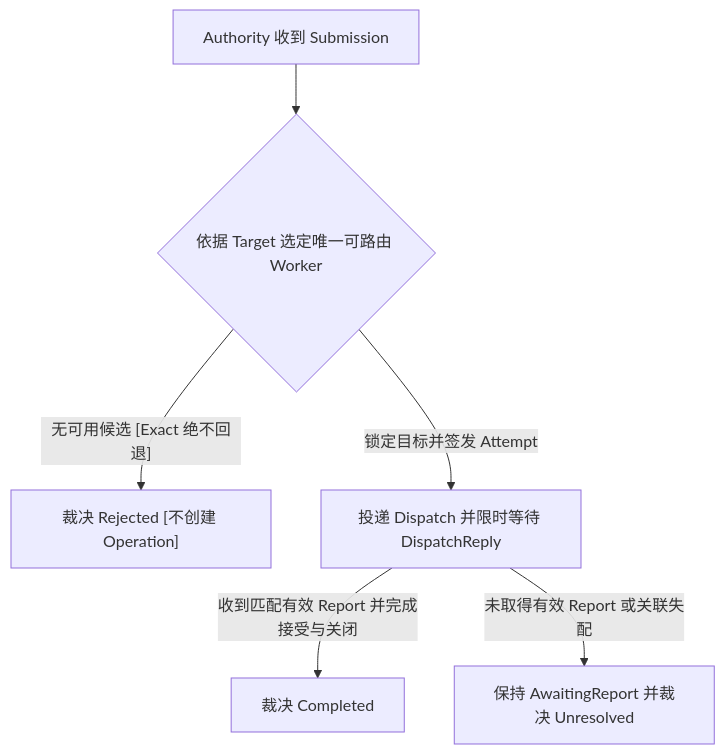
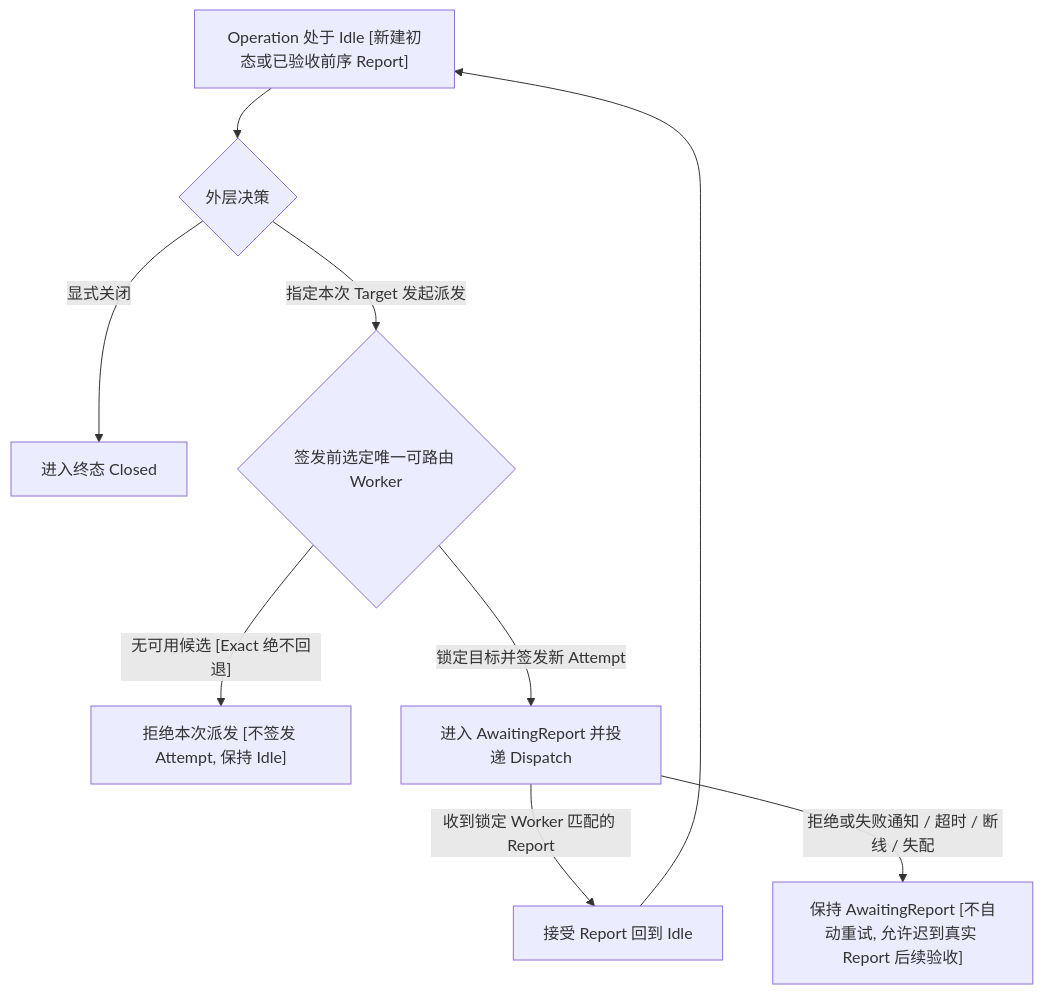
Before and after one commit to Everfold/Beamlet: the diagram in spec/05-routing.md, drawn with Mermaid. The commit also changed other lines of this file and 10 other files, not shown here.

Commit message:
docs(spec): support multi-attempt routing and align DispatchReply/Presence contracts

````diff
--- a/spec/05-routing.md
+++ b/spec/05-routing.md
@@ -9,8 +9,11 @@
 ```mermaid
 flowchart TD
-    Sub["Authority 收到 Submission"] --> Pick{"依据 Target 选定唯一可路由 Worker"}
-    Pick -->|"无可用候选 [Exact 绝不回退]"| OutRej["裁决 Rejected [不创建 Operation]"]
-    Pick -->|"锁定目标并签发 Attempt"| Disp["投递 Dispatch 并限时等待 DispatchReply"]
-    Disp -->|"收到匹配有效 Report 并完成接受与关闭"| OutOk["裁决 Completed"]
-    Disp -->|"未取得有效 Report 或关联失配"| OutUnres["保持 AwaitingReport 并裁决 Unresolved"]
+    Idle["Operation 处于 Idle [新建初态或已验收前序 Report]"] --> Act{"外层决策"}
+    Act -->|"显式关闭"| Closed["进入终态 Closed"]
+    Act -->|"指定本次 Target 发起派发"| Pick{"签发前选定唯一可路由 Worker"}
+    Pick -->|"无可用候选 [Exact 绝不回退]"| PreRej["拒绝本次派发 [不签发 Attempt, 保持 Idle]"]
+    Pick -->|"锁定目标并签发新 Attempt"| Disp["进入 AwaitingReport 并投递 Dispatch"]
+    Disp -->|"收到锁定 Worker 匹配的 Report"| BackIdle["接受 Report 回到 Idle"]
+    BackIdle --> Idle
+    Disp -->|"拒绝或失败通知 / 超时 / 断线 / 失配"| KeepAwait["保持 AwaitingReport [不自动重试, 允许迟到真实 Report 后续验收]"]
 ```
````
